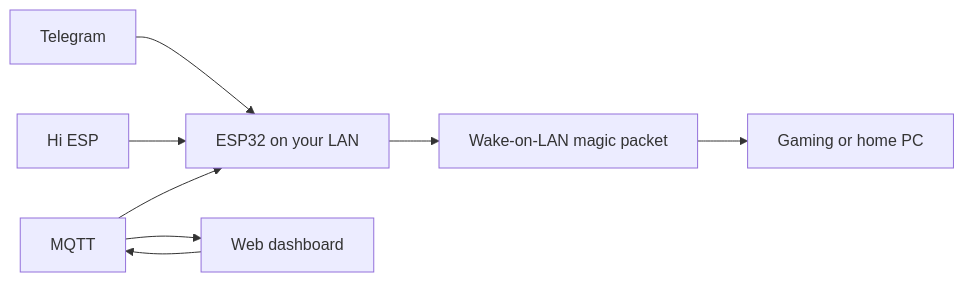
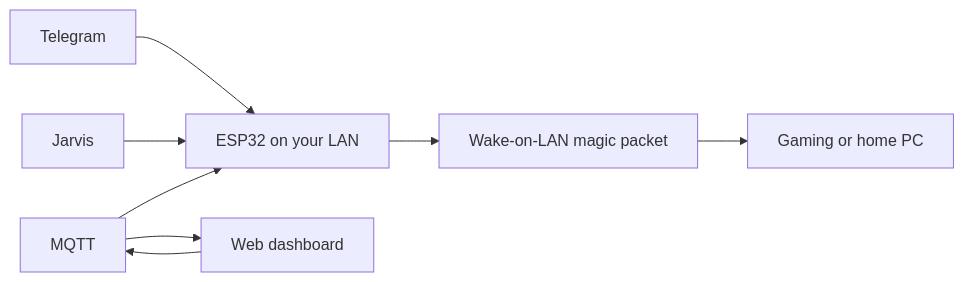
Before and after one commit to Jonathan0823/esp32-pc-remote: the diagram in README.md, drawn with Mermaid. The commit also changed other lines of this file and 10 other files, not shown here.

Commit message:
feat(voice): switch wake word to Jarvis

````diff
--- a/README.md
+++ b/README.md
@@ -20,10 +20,10 @@
 ```mermaid
 flowchart LR
     Telegram[Telegram] --> ESP32[ESP32 on your LAN]
-    Voice["Hi ESP"] --> ESP32
+    Voice["Jarvis"] --> ESP32
     MQTT[MQTT] --> Dashboard[Web dashboard]
     Dashboard --> MQTT
     MQTT --> ESP32
     ESP32 --> WOL[Wake-on-LAN magic packet]
     WOL --> PC[Gaming or home PC]
 ```
````
